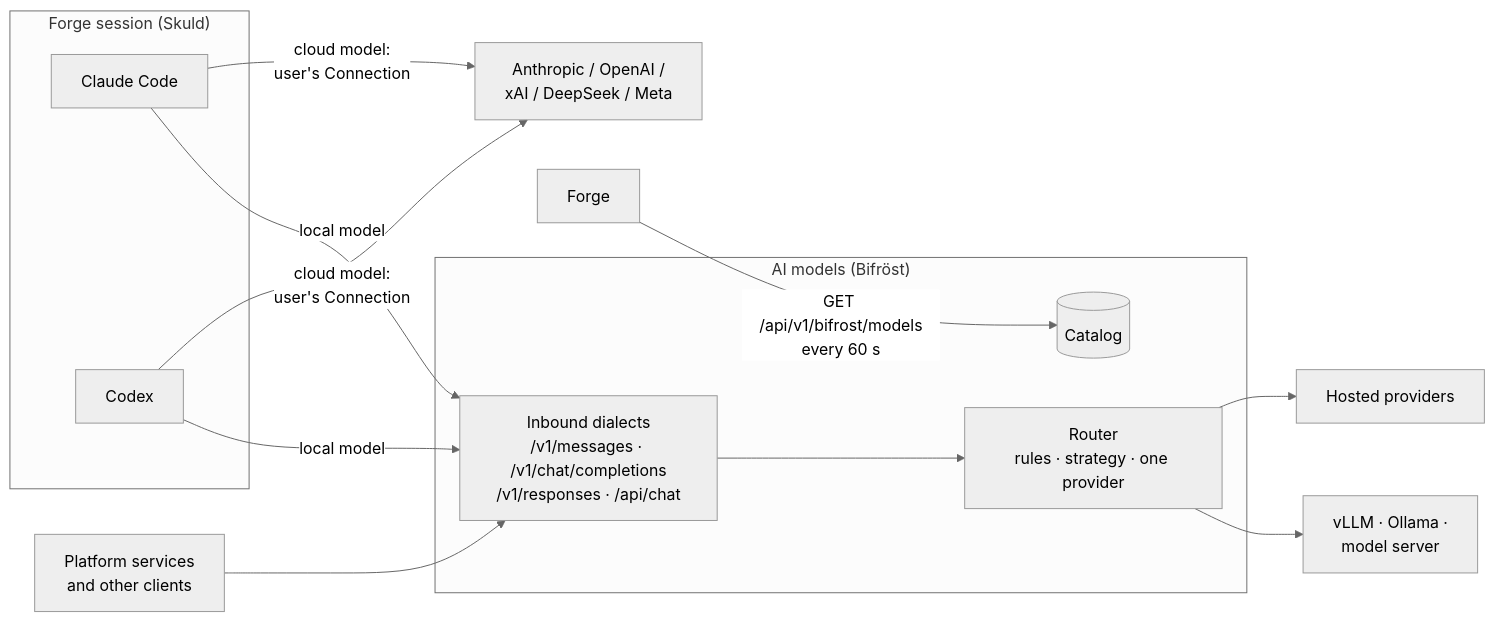
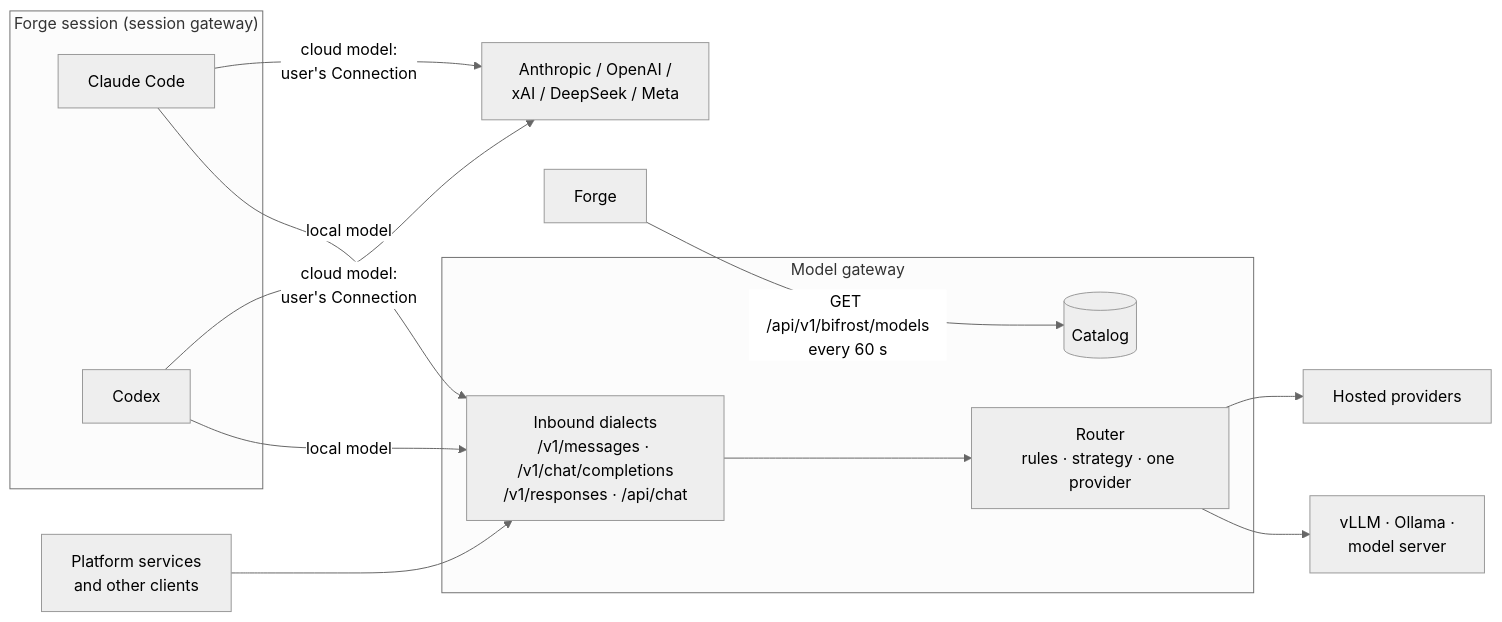
One commit to niuulabs/niuu changed the diagram in docs/site/architecture/models/index.md. Above: the diagram before and after it, drawn with Mermaid (neutral theme). The commit also changed other lines of this file and 75 other files, not shown here.

First line of the commit message:
docs: add an Architecture section to the docs site (#1304)

````diff
--- a/docs/site/architecture/models/index.md
+++ b/docs/site/architecture/models/index.md
@@ -26,21 +26,21 @@
 ```mermaid
 flowchart LR
-    subgraph Session["Forge session (Skuld)"]
+    subgraph Session["Forge session (session gateway)"]
         CC[Claude Code]
         CX[Codex]
     end
     SVC[Platform services<br/>and other clients]
-    subgraph B["AI models (Bifröst)"]
+    subgraph B["Model gateway"]
         IN[Inbound dialects<br/>/v1/messages · /v1/chat/completions<br/>/v1/responses · /api/chat]
         R[Router<br/>rules · strategy · one provider]
         CAT[(Catalog)]
     end
     FORGE[Forge] -- "GET /api/v1/bifrost/models<br/>every 60 s" --> CAT
     CC -- "cloud model:<br/>user's Connection" --> VEND[Anthropic / OpenAI /<br/>xAI / DeepSeek / Meta]
     CX -- "cloud model:<br/>user's Connection" --> VEND
     CC -- "local model" --> IN
     CX -- "local model" --> IN
     SVC --> IN
     IN --> R --> P1[Hosted providers]
     R --> P2[vLLM · Ollama ·<br/>model server]
 ```
````
